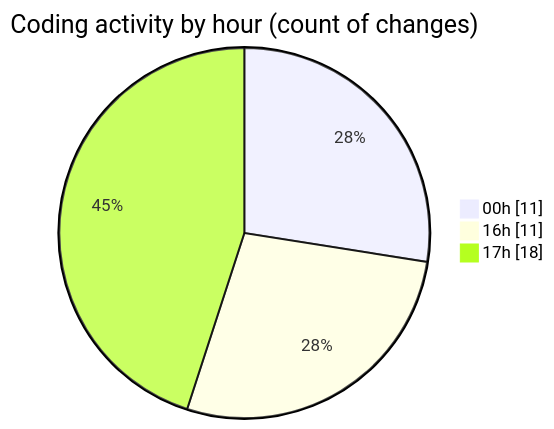
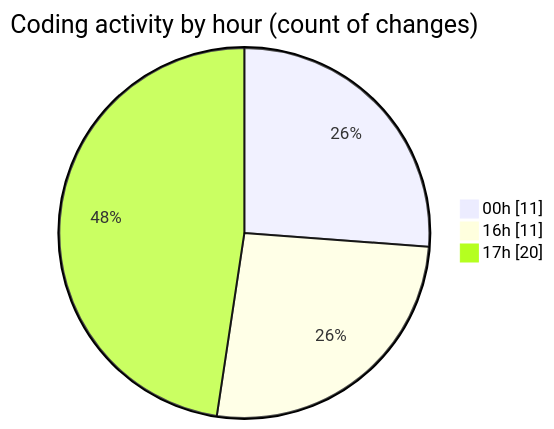
The second of 2 diagrams in 2025-11-26/eventscop-api-guide__workspace_/README.md (julien-gomy/code-tracking), drawn with Mermaid before and after one commit. The commit also changed other lines of this file and 1 other file, not shown here.

````diff
--- a/2025-11-26/eventscop-api-guide__workspace_/README.md
+++ b/2025-11-26/eventscop-api-guide__workspace_/README.md
@@ -38,7 +38,7 @@
 ```mermaid
 pie showData
 title Coding activity by hour (count of changes)
 "00h" : 11
 "16h" : 11
-"17h" : 18
+"17h" : 20
 ```
````
